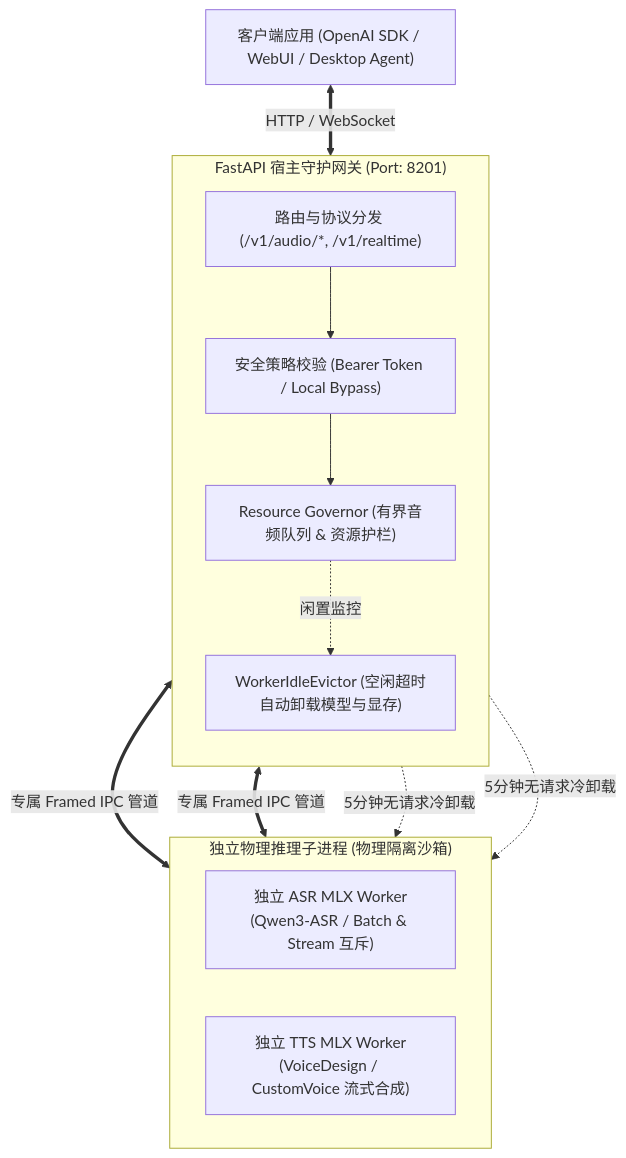
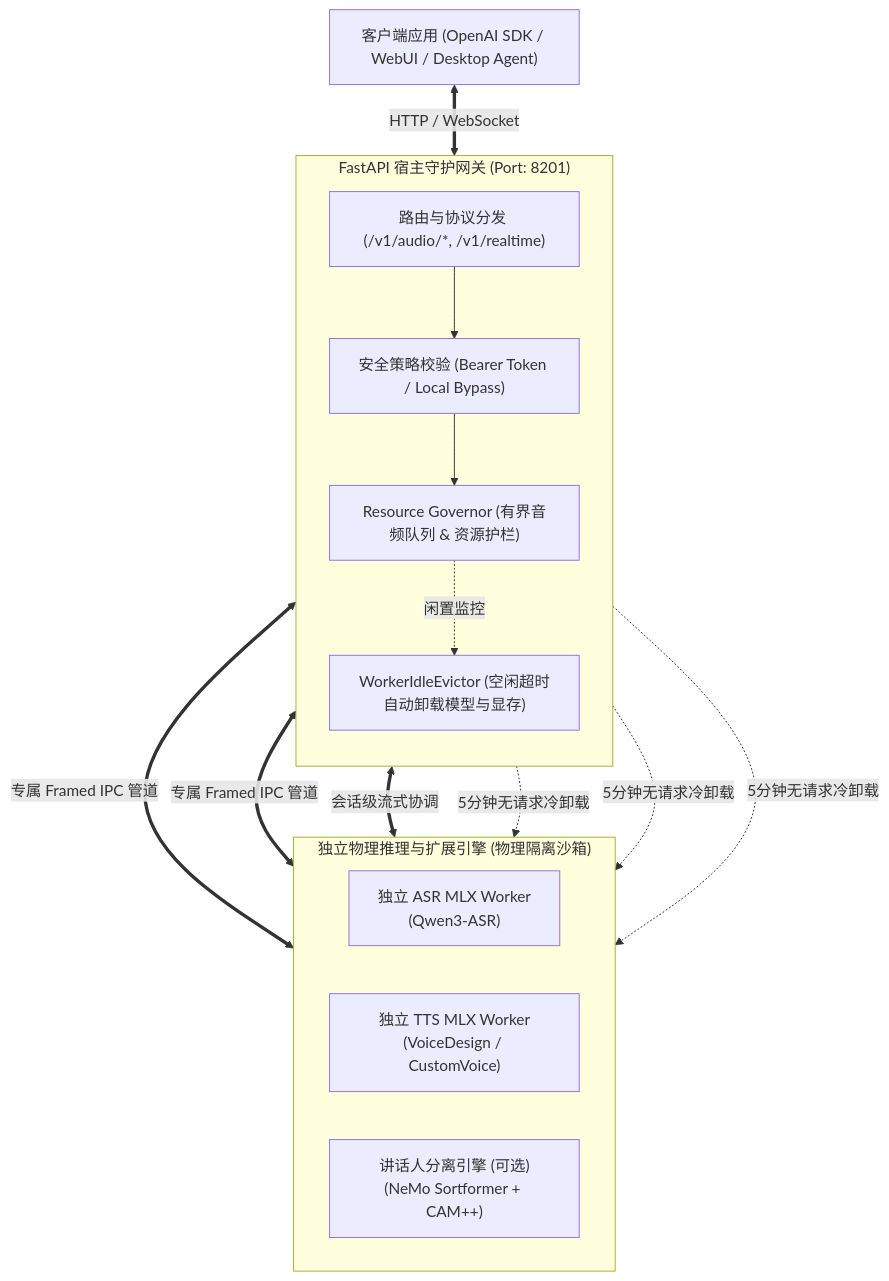
Before and after one commit to hrygo/SpeechRail: the diagram in README.md, drawn with Mermaid. The commit also changed other lines of this file, not shown here.

Commit message:
docs: add speaker diarization models, architecture and usage

````diff
--- a/README.md
+++ b/README.md
@@ -289,26 +314,29 @@
 ```mermaid
 flowchart TD
     Client["客户端应用 (OpenAI SDK / WebUI / Desktop Agent)"]
 
     subgraph HostService["FastAPI 宿主守护网关 (Port: 8201)"]
         direction TB
         Router["路由与协议分发 (/v1/audio/*, /v1/realtime)"]
         Auth["安全策略校验 (Bearer Token / Local Bypass)"]
         Governor["Resource Governor (有界音频队列 & 资源护栏)"]
         Evictor["WorkerIdleEvictor (空闲超时自动卸载模型与显存)"]
         Router --> Auth --> Governor
         Governor -. 闲置监控 .-> Evictor
     end
 
-    subgraph Workers["独立物理推理子进程 (物理隔离沙箱)"]
+    subgraph Workers["独立物理推理与扩展引擎 (物理隔离沙箱)"]
         direction LR
-        ASRWorker["独立 ASR MLX Worker\n(Qwen3-ASR / Batch & Stream 互斥)"]
-        TTSWorker["独立 TTS MLX Worker\n(VoiceDesign / CustomVoice 流式合成)"]
+        ASRWorker["独立 ASR MLX Worker\n(Qwen3-ASR)"]
+        TTSWorker["独立 TTS MLX Worker\n(VoiceDesign / CustomVoice)"]
+        DiarizeEngine["讲话人分离引擎 (可选)\n(NeMo Sortformer + CAM++)"]
     end
 
     Client <== "HTTP / WebSocket" ==> Router
     Governor <== "专属 Framed IPC 管道" ==> ASRWorker
     Governor <== "专属 Framed IPC 管道" ==> TTSWorker
+    Governor <== "会话级流式协调" ==> DiarizeEngine
     Evictor -. 5分钟无请求冷卸载 .-> ASRWorker
     Evictor -. 5分钟无请求冷卸载 .-> TTSWorker
+    Evictor -. 5分钟无请求冷卸载 .-> DiarizeEngine
 ```
````
